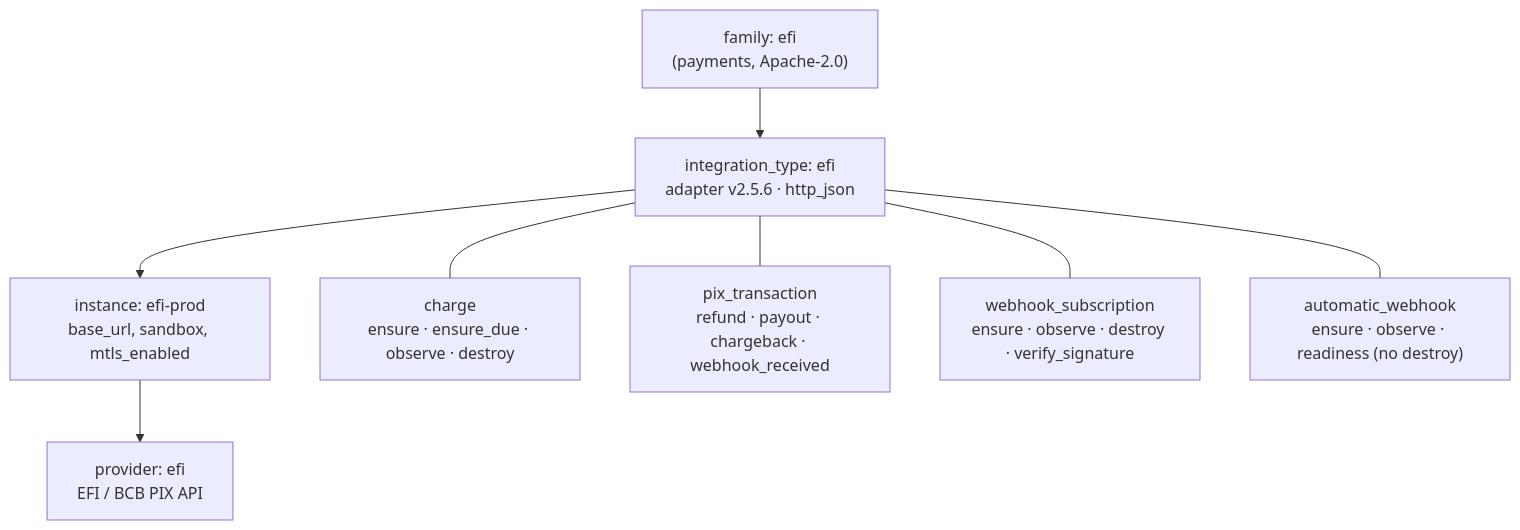
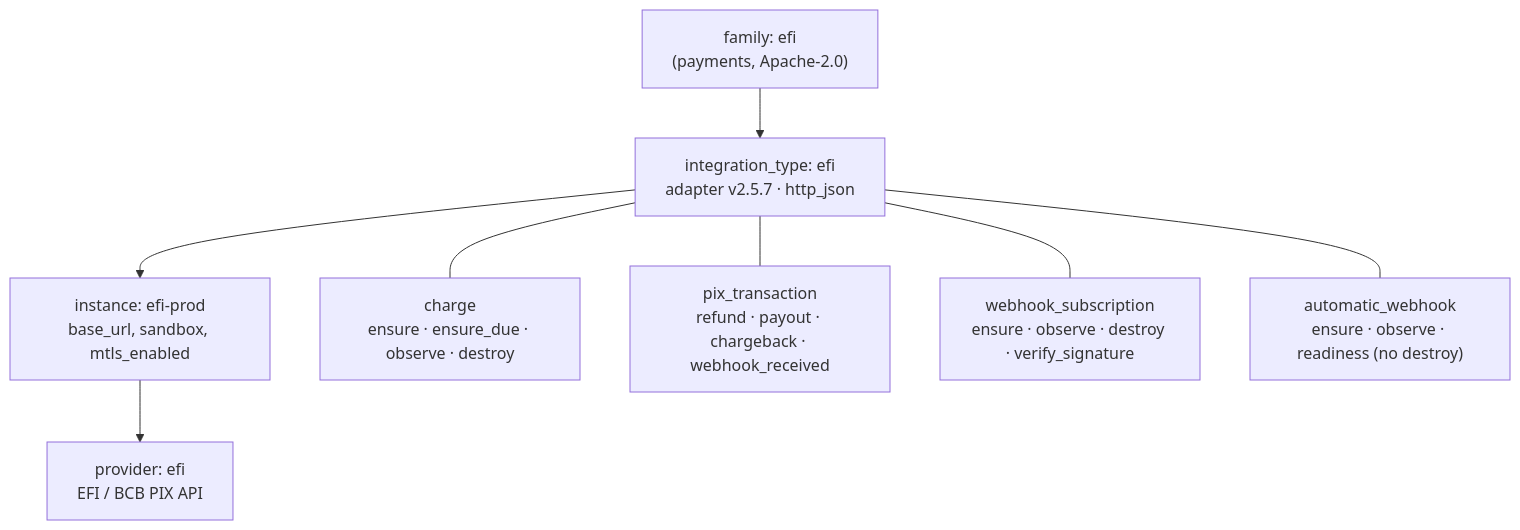
The second of 3 diagrams in README.md (dakasa-yggdrasil/integration-efi), drawn with Mermaid before and after one commit. The commit also changed other lines of this file and 127 other files, not shown here.

````diff
--- a/README.md
+++ b/README.md
@@ -73,13 +73,13 @@
 ```mermaid
 flowchart TD
   fam["family: efi<br/>(payments, Apache-2.0)"]
-  typ["integration_type: efi<br/>adapter v2.5.6 · http_json"]
+  typ["integration_type: efi<br/>adapter v2.5.7 · http_json"]
   inst["instance: efi-prod<br/>base_url, sandbox, mtls_enabled"]
   prov["provider: efi<br/>EFI / BCB PIX API"]
   fam --> typ --> inst --> prov
 
   typ --- rt1["charge<br/>ensure · ensure_due · observe · destroy"]
   typ --- rt2["pix_transaction<br/>refund · payout · chargeback · webhook_received"]
   typ --- rt3["webhook_subscription<br/>ensure · observe · destroy · verify_signature"]
   typ --- rt4["automatic_webhook<br/>ensure · observe · readiness (no destroy)"]
 ```
````
